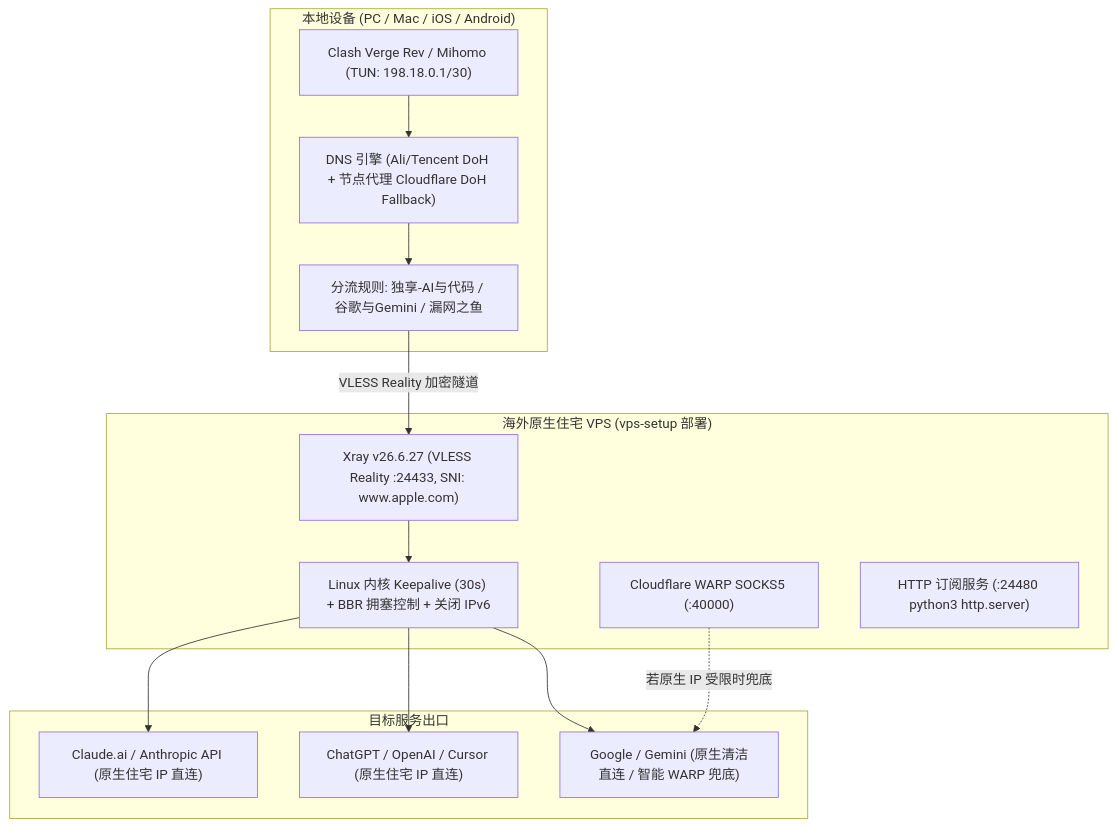
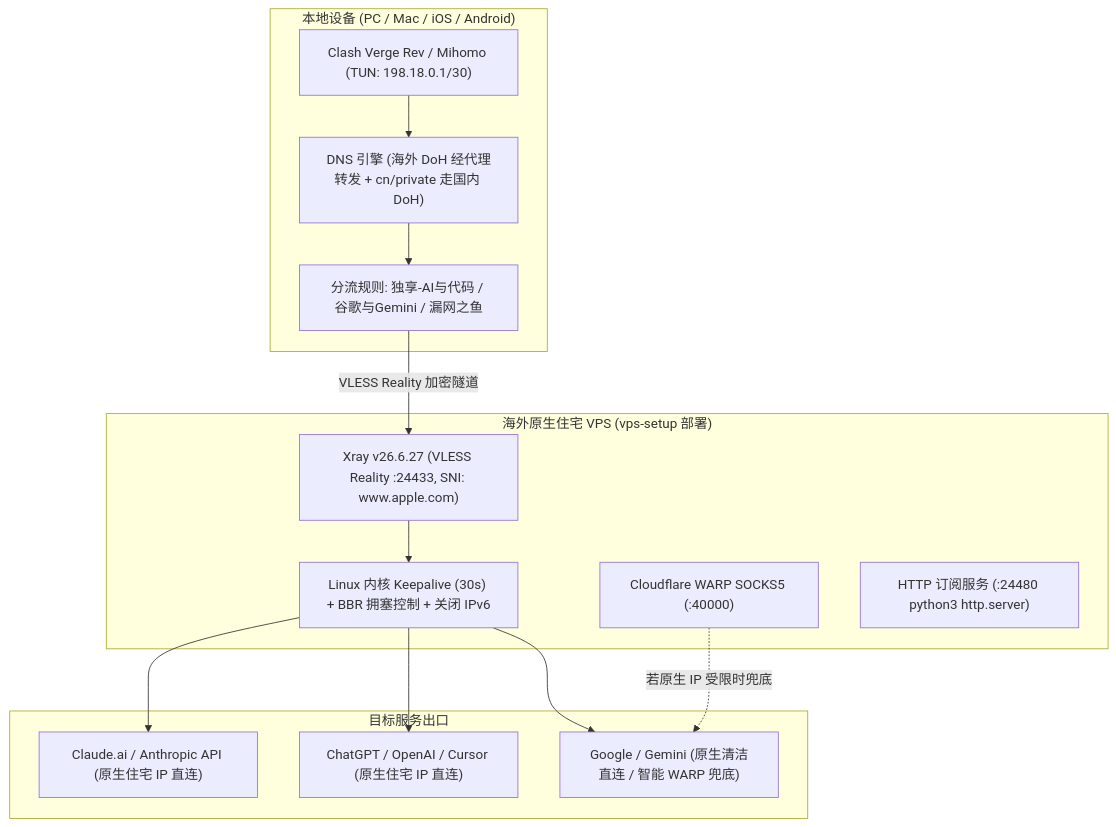
The diagram in SKILL.md (xiao-baia/vps-setup), drawn with Mermaid before and after one commit. The commit also changed other lines of this file and 4 other files, not shown here.

````diff
--- a/SKILL.md
+++ b/SKILL.md
@@ -26,30 +27,30 @@
 ```mermaid
 flowchart TD
     subgraph Client["本地设备 (PC / Mac / iOS / Android)"]
         CV["Clash Verge Rev / Mihomo (TUN: 198.18.0.1/30)"]
-        DNS["DNS 引擎 (Ali/Tencent DoH + 节点代理 Cloudflare DoH Fallback)"]
+        DNS["DNS 引擎 (海外 DoH 经代理转发 + cn/private 走国内 DoH)"]
         Rule["分流规则: 独享-AI与代码 / 谷歌与Gemini / 漏网之鱼"]
         CV --> DNS --> Rule
     end
 
     subgraph VPS["海外原生住宅 VPS (vps-setup 部署)"]
         Xray["Xray v26.6.27 (VLESS Reality :24433, SNI: www.apple.com)"]
         Kernel["Linux 内核 Keepalive (30s) + BBR 拥塞控制 + 关闭 IPv6"]
         WARP["Cloudflare WARP SOCKS5 (:40000)"]
         Sub["HTTP 订阅服务 (:24480 python3 http.server)"]
         
         Xray --> Kernel
     end
 
     subgraph Targets["目标服务出口"]
         Claude["Claude.ai / Anthropic API (原生住宅 IP 直连)"]
         OpenAI["ChatGPT / OpenAI / Cursor (原生住宅 IP 直连)"]
         Gemini["Google / Gemini (原生清洁直连 / 智能 WARP 兜底)"]
     end
 
     Rule -->|"VLESS Reality 加密隧道"| Xray
     Kernel --> Claude
     Kernel --> OpenAI
     Kernel --> Gemini
     WARP -.->|若原生 IP 受限时兜底| Gemini
 ```
````
